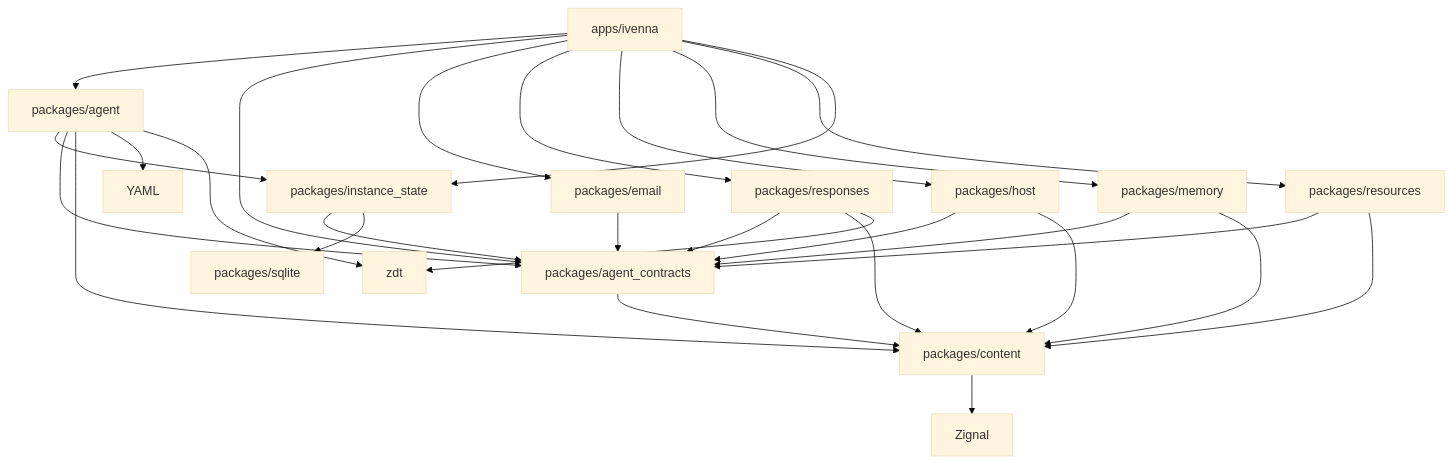
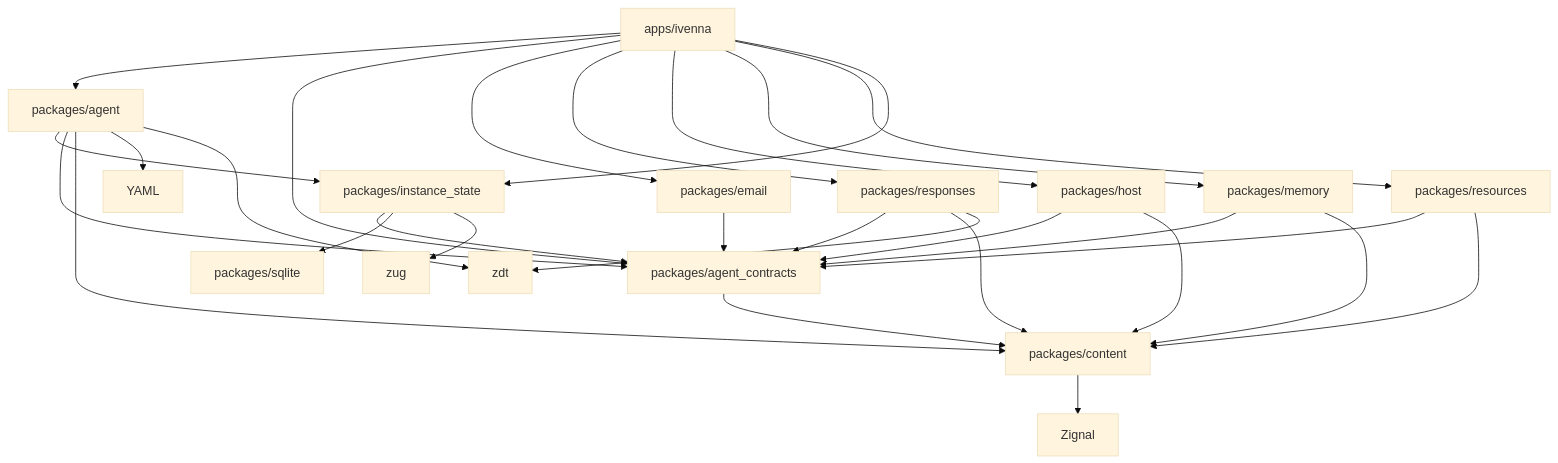
Before and after one commit to Ivenna/Ivenna: the diagram in docs/architecture.md, drawn with Mermaid (base theme). The commit also changed other lines of this file and 41 other files, not shown here.

````diff
--- a/docs/architecture.md
+++ b/docs/architecture.md
@@ -26,30 +26,31 @@
 ```mermaid
 flowchart TD
     App[apps/ivenna] --> Agent[packages/agent]
     App --> Contracts[packages/agent_contracts]
     App --> Email[packages/email]
     App --> Responses[packages/responses]
     App --> Host[packages/host]
     App --> Memory[packages/memory]
     App --> Resources[packages/resources]
     App --> State[packages/instance_state]
     Agent --> State
     State --> Contracts
     State --> SQLite[packages/sqlite]
+    State --> Zug[zug]
     Agent --> Contracts
     Email --> Contracts
     Responses --> Contracts
     Host --> Contracts
     Memory --> Contracts
     Host --> Content[packages/content]
     Memory --> Content
     Resources --> Contracts
     Resources --> Content
     Responses --> Content
     Agent --> Content
     Contracts --> Content
     Content --> Zignal[Zignal]
     Agent --> YAML[YAML]
     Agent --> Zdt[zdt]
     Responses --> Zdt
 ```
````
